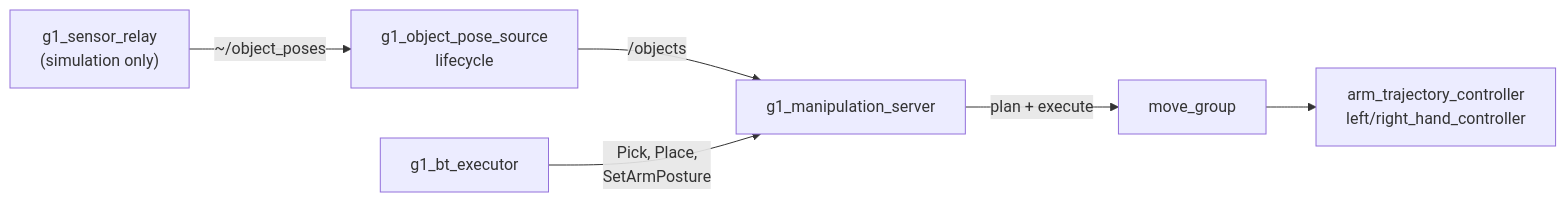
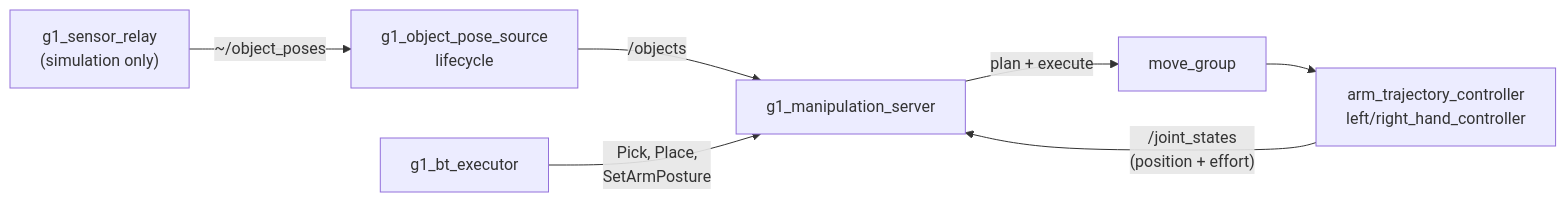
Before and after one commit to Adyansh04/grove-g1: the diagram in workspace/src/g1_manipulation/README.md, drawn with Mermaid. The commit also changed other lines of this file and 1 other file, not shown here.

````diff
--- a/workspace/src/g1_manipulation/README.md
+++ b/workspace/src/g1_manipulation/README.md
@@ -8,8 +8,9 @@
 ```mermaid
 flowchart LR
     REL["g1_sensor_relay<br/>(simulation only)"] -- "~/object_poses" --> SRC
     SRC["g1_object_pose_source<br/>lifecycle"] -- "/objects" --> SRV
     BT["g1_bt_executor"] -- "Pick, Place,<br/>SetArmPosture" --> SRV
     SRV["g1_manipulation_server"] -- "plan + execute" --> MG["move_group"]
     MG --> JTC["arm_trajectory_controller<br/>left/right_hand_controller"]
+    JTC -- "/joint_states<br/>(position + effort)" --> SRV
 ```
````
